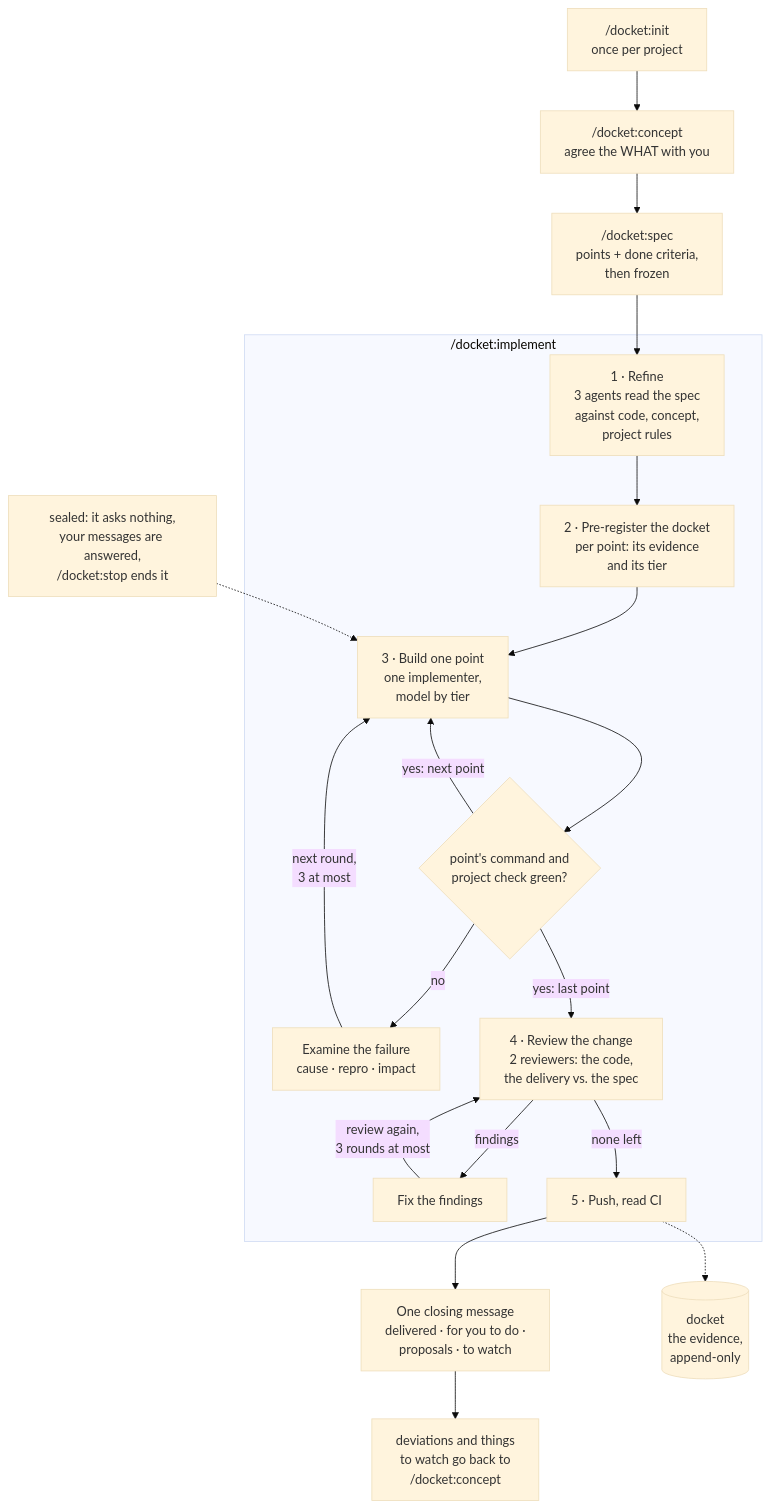
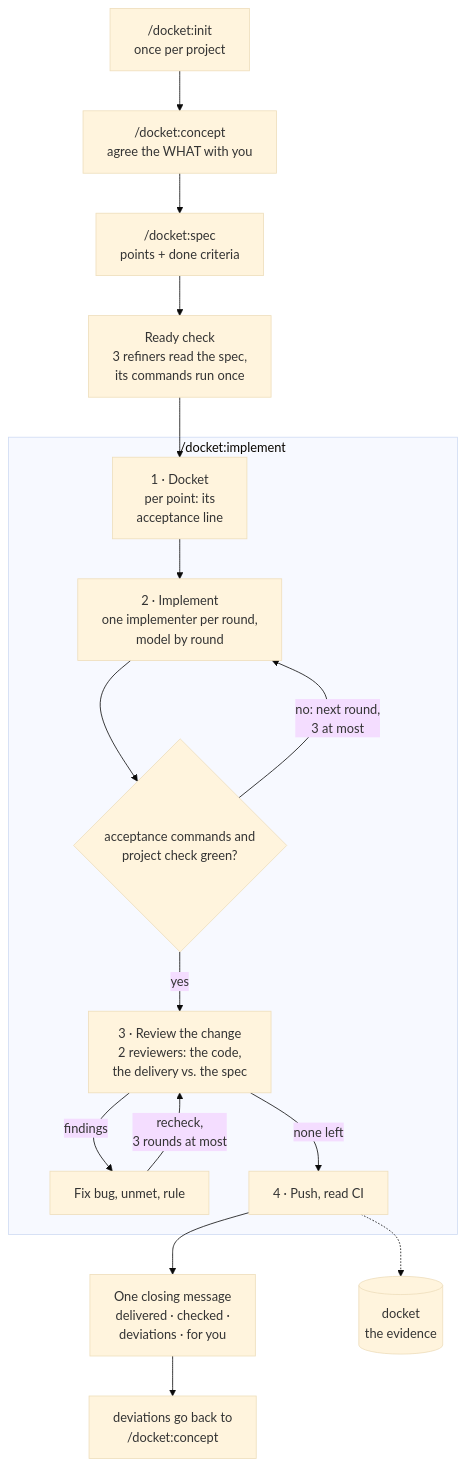
One commit to hwein/docket changed the diagram in README.md. Above: the diagram before and after it, drawn with Mermaid (base theme). The commit also changed other lines of this file and 14 other files, not shown here.

````diff
--- a/README.md
+++ b/README.md
@@ -66,32 +72,28 @@
 ```mermaid
 flowchart TD
     init["/docket:init<br/>once per project"]
     concept["/docket:concept<br/>agree the WHAT with you"]
-    spec["/docket:spec<br/>points + done criteria,<br/>then frozen"]
-    init --> concept --> spec --> refine
+    spec["/docket:spec<br/>points + done criteria"]
+    ready["Ready check<br/>3 refiners read the spec,<br/>its commands run once"]
+    init --> concept --> spec --> ready --> register
 
     subgraph run ["/docket:implement"]
-        refine["1 · Refine<br/>3 agents read the spec<br/>against code, concept,<br/>project rules"]
-        register["2 · Pre-register the docket<br/>per point: its evidence<br/>and its tier"]
-        build["3 · Build one point<br/>one implementer,<br/>model by tier"]
-        gate{"point's command and<br/>project check green?"}
-        triage["Examine the failure<br/>cause · repro · impact"]
-        review["4 · Review the change<br/>2 reviewers: the code,<br/>the delivery vs. the spec"]
-        fix["Fix the findings"]
-        push["5 · Push, read CI"]
+        register["1 · Docket<br/>per point: its<br/>acceptance line"]
+        build["2 · Implement<br/>one implementer per round,<br/>model by round"]
+        gate{"acceptance commands and<br/>project check green?"}
+        review["3 · Review the change<br/>2 reviewers: the code,<br/>the delivery vs. the spec"]
+        fix["Fix bug, unmet, rule"]
+        push["4 · Push, read CI"]
 
-        refine --> register --> build --> gate
-        gate -- "no" --> triage
-        triage -- "next round,<br/>3 at most" --> build
-        gate -- "yes: next point" --> build
-        gate -- "yes: last point" --> review
+        register --> build --> gate
+        gate -- "no: next round,<br/>3 at most" --> build
+        gate -- "yes" --> review
         review -- "findings" --> fix
-        fix -- "review again,<br/>3 rounds at most" --> review
+        fix -- "recheck,<br/>3 rounds at most" --> review
         review -- "none left" --> push
     end
 
-    push --> close["One closing message<br/>delivered · for you to do ·<br/>proposals · to watch"]
-    push -.-> docket[("docket<br/>the evidence,<br/>append-only")]
-    close --> back["deviations and things<br/>to watch go back to<br/>/docket:concept"]
-    inbox["sealed: it asks nothing,<br/>your messages are answered,<br/>/docket:stop ends it"] -.-> build
+    push --> close["One closing message<br/>delivered · checked ·<br/>deviations · for you"]
+    push -.-> docket[("docket<br/>the evidence")]
+    close --> back["deviations go back to<br/>/docket:concept"]
 ```
````
